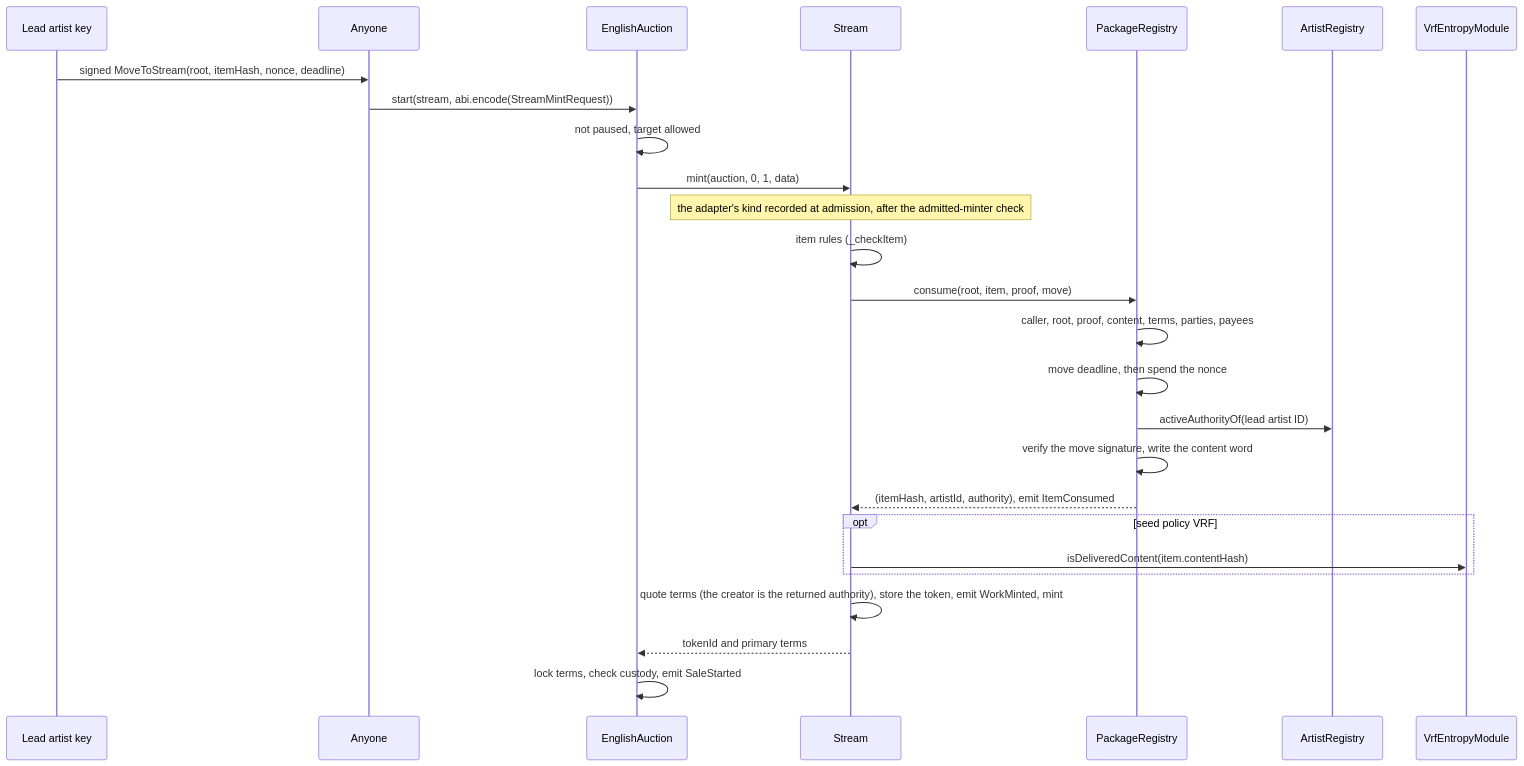
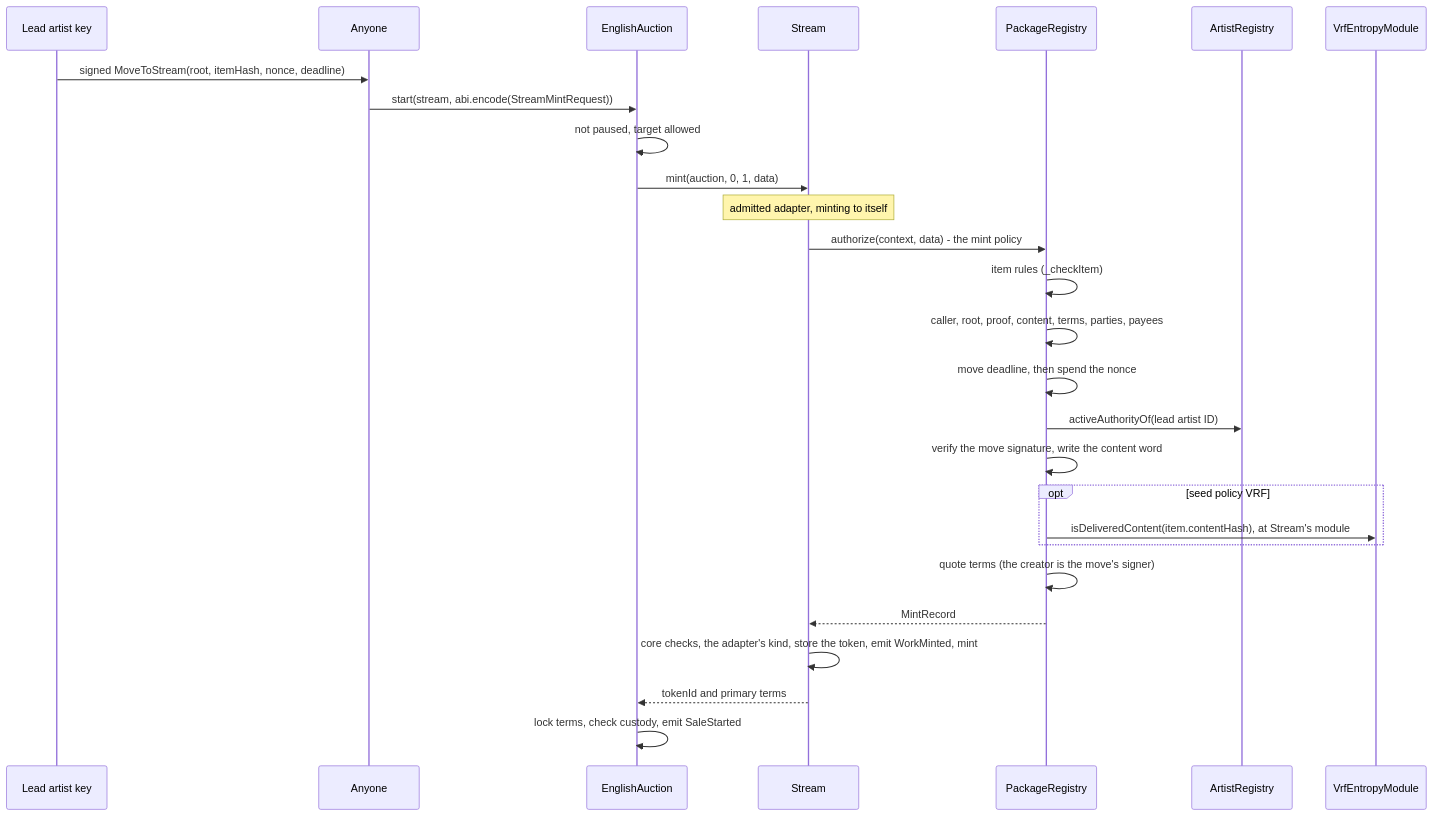
The sixth of 8 diagrams in docs/spec/curation.md (6529-Collections/6529-works), drawn with Mermaid before and after one commit. The commit also changed other lines of this file and 369 other files, not shown here.

````diff
--- a/docs/spec/curation.md
+++ b/docs/spec/curation.md
@@ -307,28 +312,29 @@
 ```mermaid
 sequenceDiagram
     participant Lead as Lead artist key
     participant Anyone as Anyone
     participant Auction as EnglishAuction
     participant Stream as Stream
     participant Registry as PackageRegistry
     participant Artists as ArtistRegistry
     participant Entropy as VrfEntropyModule
     Lead->>Anyone: signed MoveToStream(root, itemHash, nonce, deadline)
     Anyone->>Auction: start(stream, abi.encode(StreamMintRequest))
     Auction->>Auction: not paused, target allowed
     Auction->>Stream: mint(auction, 0, 1, data)
-    Note over Stream: the adapter's kind recorded at admission, after the admitted-minter check
-    Stream->>Stream: item rules (_checkItem)
-    Stream->>Registry: consume(root, item, proof, move)
+    Note over Stream: admitted adapter, minting to itself
+    Stream->>Registry: authorize(context, data) - the mint policy
+    Registry->>Registry: item rules (_checkItem)
     Registry->>Registry: caller, root, proof, content, terms, parties, payees
     Registry->>Registry: move deadline, then spend the nonce
     Registry->>Artists: activeAuthorityOf(lead artist ID)
     Registry->>Registry: verify the move signature, write the content word
-    Registry-->>Stream: (itemHash, artistId, authority), emit ItemConsumed
     opt seed policy VRF
-        Stream->>Entropy: isDeliveredContent(item.contentHash)
+        Registry->>Entropy: isDeliveredContent(item.contentHash), at Stream's module
     end
-    Stream->>Stream: quote terms (the creator is the returned authority), store the token, emit WorkMinted, mint
+    Registry->>Registry: quote terms (the creator is the move's signer)
+    Registry-->>Stream: MintRecord
+    Stream->>Stream: core checks, the adapter's kind, store the token, emit WorkMinted, mint
     Stream-->>Auction: tokenId and primary terms
     Auction->>Auction: lock terms, check custody, emit SaleStarted
 ```
````
